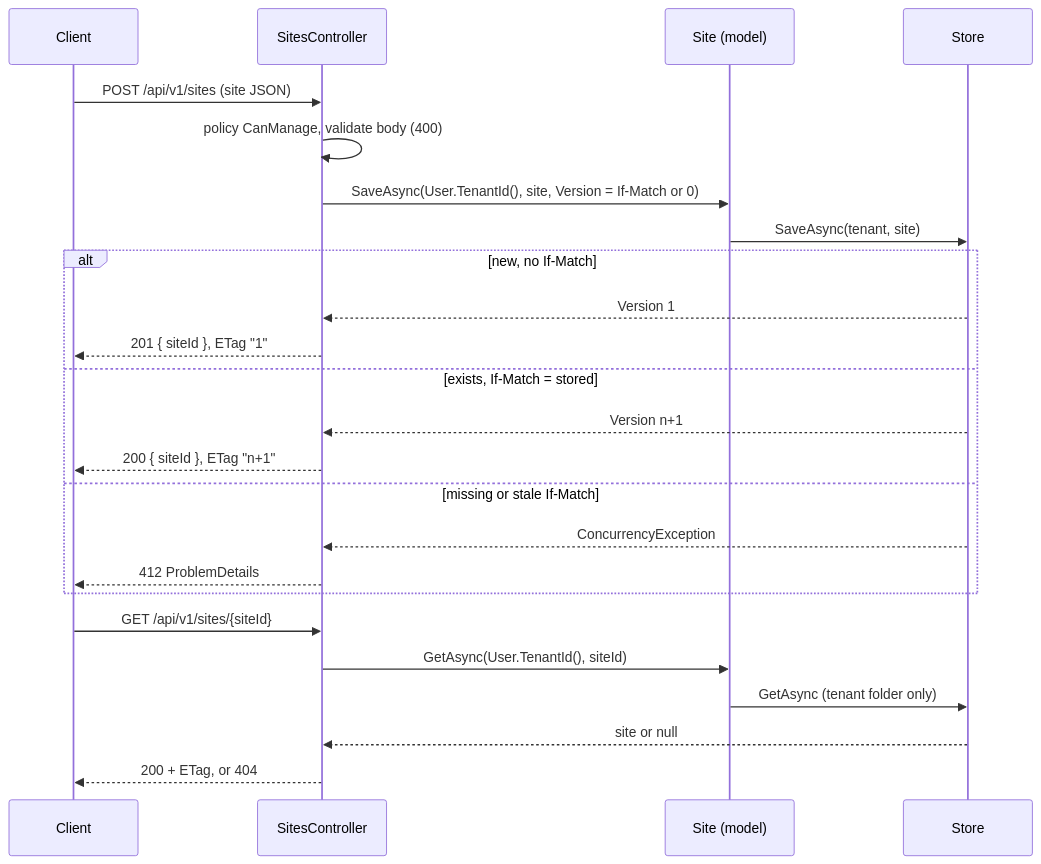
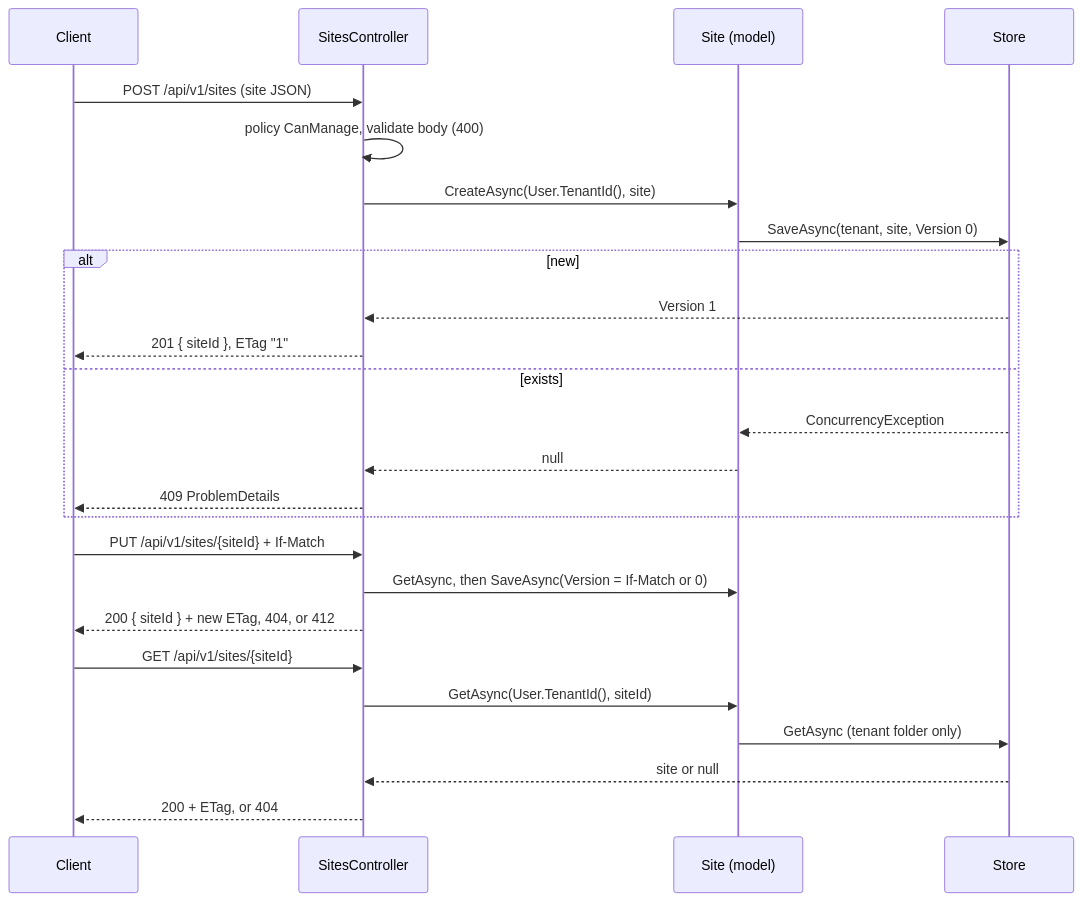
One commit to NotThaDev/SiteSense changed the second of 2 diagrams in docs/plans/SS-14-sites-api.md. Above: the diagram before and after it, drawn with Mermaid. The commit also changed other lines of this file, not shown here.

Commit message:
docs(plans): SS-14 POST creates, PUT updates (Q43, owner)

````diff
--- a/docs/plans/SS-14-sites-api.md
+++ b/docs/plans/SS-14-sites-api.md
@@ -62,26 +69,27 @@
 ```mermaid
 sequenceDiagram
   participant C as Client
   participant S as SitesController
   participant M as Site (model)
   participant D as Store
   C->>S: POST /api/v1/sites (site JSON)
   S->>S: policy CanManage, validate body (400)
-  S->>M: SaveAsync(User.TenantId(), site, Version = If-Match or 0)
-  M->>D: SaveAsync(tenant, site)
-  alt new, no If-Match
+  S->>M: CreateAsync(User.TenantId(), site)
+  M->>D: SaveAsync(tenant, site, Version 0)
+  alt new
     D-->>S: Version 1
     S-->>C: 201 { siteId }, ETag "1"
-  else exists, If-Match = stored
-    D-->>S: Version n+1
-    S-->>C: 200 { siteId }, ETag "n+1"
-  else missing or stale If-Match
-    D-->>S: ConcurrencyException
-    S-->>C: 412 ProblemDetails
+  else exists
+    D-->>M: ConcurrencyException
+    M-->>S: null
+    S-->>C: 409 ProblemDetails
   end
+  C->>S: PUT /api/v1/sites/{siteId} + If-Match
+  S->>M: GetAsync, then SaveAsync(Version = If-Match or 0)
+  S-->>C: 200 { siteId } + new ETag, 404, or 412
   C->>S: GET /api/v1/sites/{siteId}
   S->>M: GetAsync(User.TenantId(), siteId)
   M->>D: GetAsync (tenant folder only)
   D-->>S: site or null
   S-->>C: 200 + ETag, or 404
 ```
````
